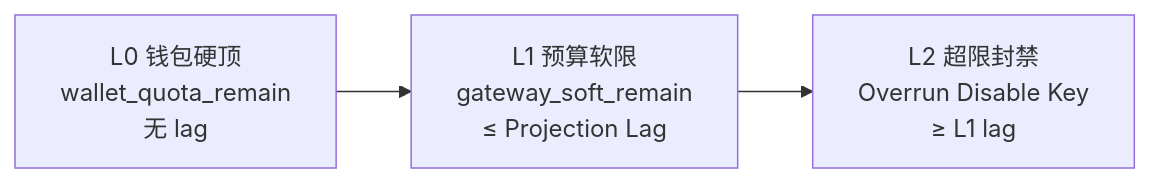
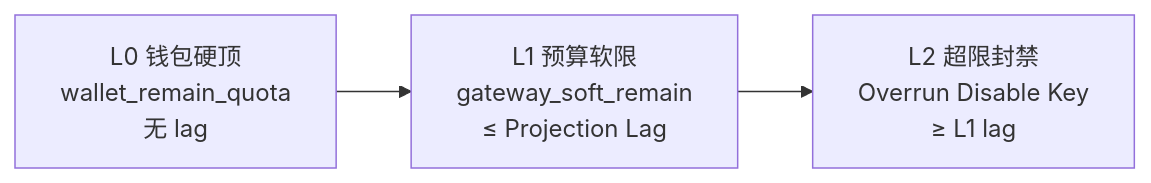
Before and after one commit to quyip8818/mytokenjoy: diagram 12 of 15 in docs/reviews/架构分析-Token计费与钱包体系.md, drawn with Mermaid. The commit also changed other lines of this file and 49 other files, not shown here.

Commit message:
rename wallet_remain

````diff
--- a/docs/reviews/架构分析-Token计费与钱包体系.md
+++ b/docs/reviews/架构分析-Token计费与钱包体系.md
@@ -462,5 +462,5 @@
 ```mermaid
 flowchart LR
-  L0[L0 钱包硬顶<br/>wallet_quota_remain<br/>无 lag] --> L1[L1 预算软限<br/>gateway_soft_remain<br/>≤ Projection Lag]
+  L0[L0 钱包硬顶<br/>wallet_remain_quota<br/>无 lag] --> L1[L1 预算软限<br/>gateway_soft_remain<br/>≤ Projection Lag]
   L1 --> L2[L2 超限封禁<br/>Overrun Disable Key<br/>≥ L1 lag]
 ```
````
